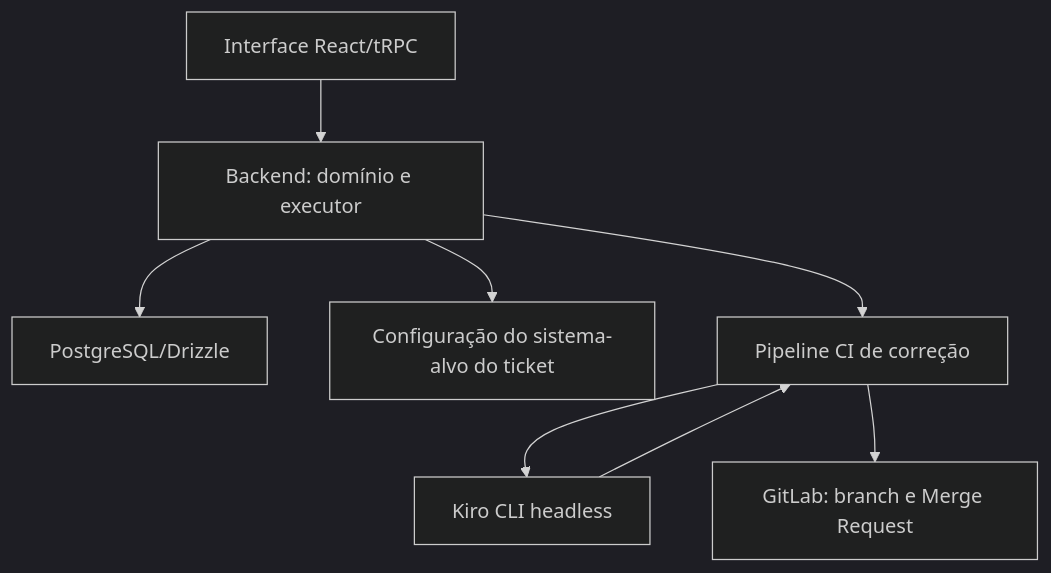
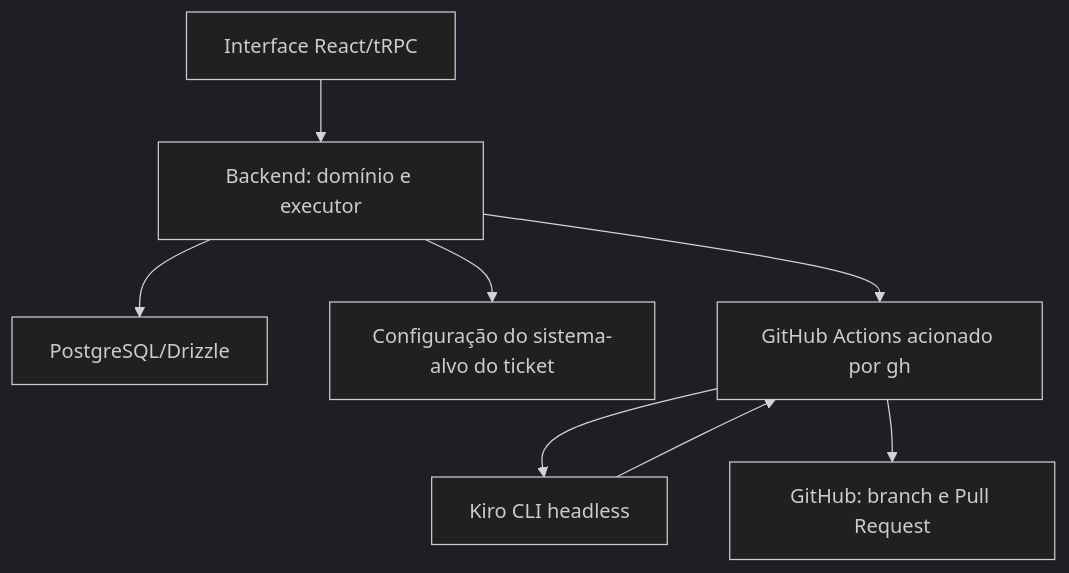
One commit to SENAI-IA/iapd-26t3-e05-resolva changed the diagram in .kiro/specs/resolva-mvp/design.md. Above: the diagram before and after it, drawn with Mermaid (dark theme). The commit also changed other lines of this file and 18 other files, not shown here.

Commit message:
feat: integra GitHub CLI e Pull Requests

````diff
--- a/.kiro/specs/resolva-mvp/design.md
+++ b/.kiro/specs/resolva-mvp/design.md
@@ -11,10 +11,10 @@
 ```mermaid
 flowchart TD
   W["Interface React/tRPC"] --> B["Backend: domínio e executor"]
   B --> D["PostgreSQL/Drizzle"]
   B --> P["Configuração do sistema-alvo do ticket"]
-  B --> C["Pipeline CI de correção"]
+  B --> C["GitHub Actions acionado por gh"]
   C --> K["Kiro CLI headless"]
-  C --> G["GitLab: branch e Merge Request"]
+  C --> G["GitHub: branch e Pull Request"]
   K --> C
 ```
````
